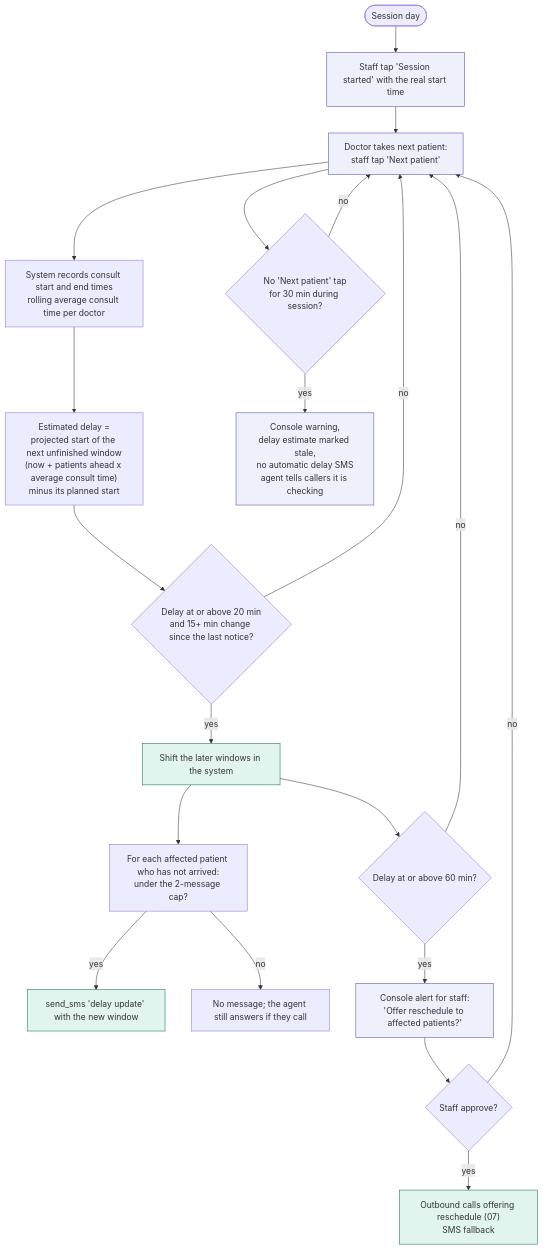
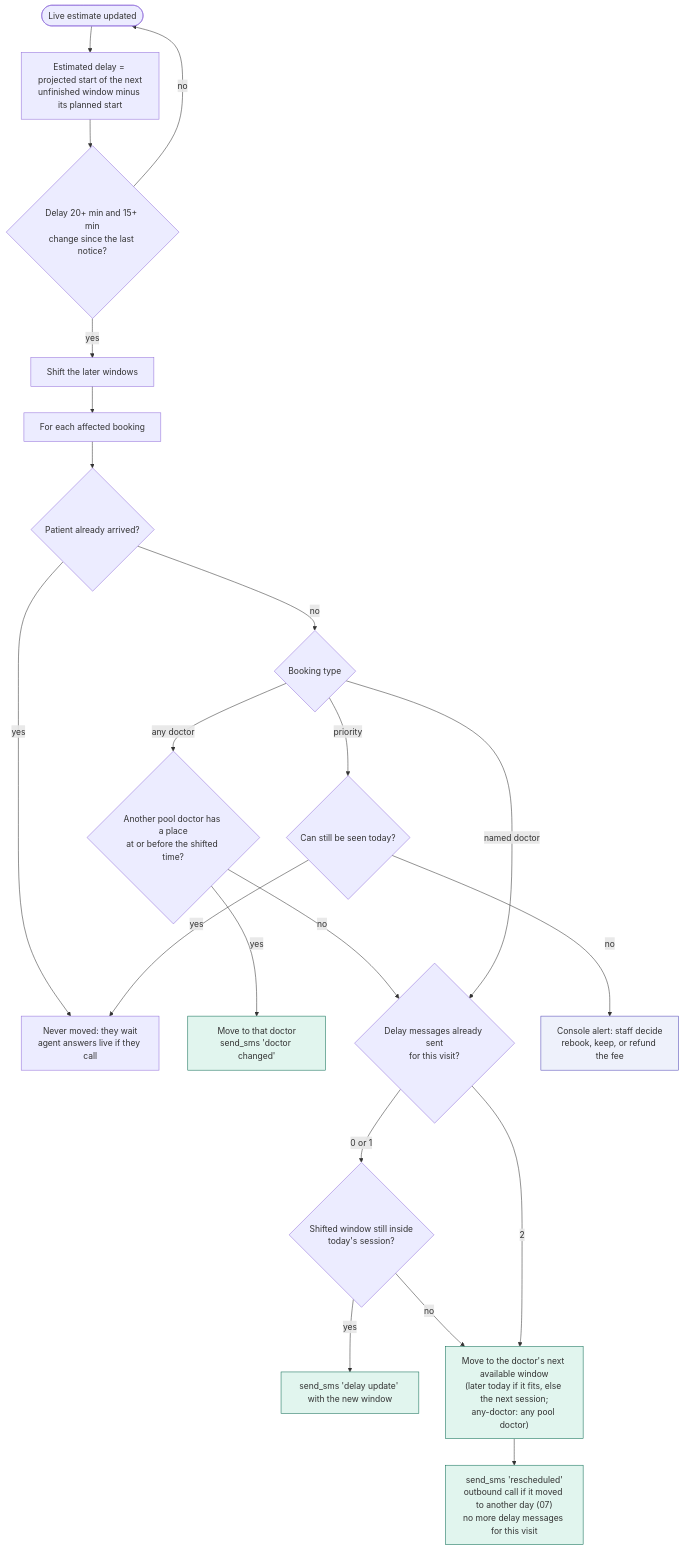
One commit to Anupamgt/tts-agent-1 changed the third of 4 diagrams in docs/flows/09-day-of-operations.md. Above: the diagram before and after it, drawn with Mermaid. The commit also changed other lines of this file and 15 other files, not shown here.

First line of the commit message:
Apply decisions 1, 3, 6, 7, 12, 13 to flows, schema and alignment

````diff
--- a/docs/flows/09-day-of-operations.md
+++ b/docs/flows/09-day-of-operations.md
@@ -34,28 +64,31 @@
 ```mermaid
 flowchart TD
-    D0(["Session day"]) --> D1["Staff tap 'Session started' with the real start time"]
-    D1 --> D2["Doctor takes next patient:<br/>staff tap 'Next patient'"]
-    D2 --> D3["System records consult start and end times<br/>rolling average consult time per doctor"]
-    D3 --> D4["Estimated delay =<br/>projected start of the next unfinished window<br/>(now + patients ahead x average consult time)<br/>minus its planned start"]
-    D4 --> D5{"Delay at or above 20 min<br/>and 15+ min change since the last notice?"}
-    D5 -->|"no"| D2
-    D5 -->|"yes"| D6["Shift the later windows in the system"]
-    D6 --> D7["For each affected patient who has not arrived:<br/>under the 2-message cap?"]
-    D7 -->|"yes"| D8["send_sms 'delay update' with the new window"]
-    D7 -->|"no"| D9["No message; the agent still answers if they call"]
-    D6 --> D10{"Delay at or above 60 min?"}
-    D10 -->|"yes"| D11["Console alert for staff:<br/>'Offer reschedule to affected patients?'"]
-    D11 --> D12{"Staff approve?"}
-    D12 -->|"yes"| D13["Outbound calls offering reschedule (07)<br/>SMS fallback"]
-    D12 -->|"no"| D2
-    D10 -->|"no"| D2
+    D0(["Live estimate updated"]) --> D1["Estimated delay = projected start of the next<br/>unfinished window minus its planned start"]
+    D1 --> D2{"Delay 20+ min and 15+ min<br/>change since the last notice?"}
+    D2 -->|"no"| D0
+    D2 -->|"yes"| D3["Shift the later windows"]
+    D3 --> D4["For each affected booking"]
+    D4 --> D5{"Patient already arrived?"}
+    D5 -->|"yes"| D5a["Never moved: they wait<br/>agent answers live if they call"]
+    D5 -->|"no"| D6{"Booking type"}
 
-    D2 --> W1{"No 'Next patient' tap<br/>for 30 min during session?"}
-    W1 -->|"yes"| W2["Console warning,<br/>delay estimate marked stale,<br/>no automatic delay SMS<br/>agent tells callers it is checking"]
-    W1 -->|"no"| D2
+    D6 -->|"any doctor"| D7{"Another pool doctor has a place<br/>at or before the shifted time?"}
+    D7 -->|"yes"| D7a["Move to that doctor<br/>send_sms 'doctor changed'"]
+    D7 -->|"no"| D8
+    D6 -->|"named doctor"| D8
+    D6 -->|"priority"| D8p{"Can still be seen today?"}
+    D8p -->|"yes"| D5a
+    D8p -->|"no"| D8q["Console alert: staff decide<br/>rebook, keep, or refund the fee"]
+
+    D8{"Delay messages already sent<br/>for this visit?"}
+    D8 -->|"0 or 1"| D9{"Shifted window still inside<br/>today's session?"}
+    D9 -->|"yes"| D9a["send_sms 'delay update' with the new window"]
+    D9 -->|"no"| D10
+    D8 -->|"2"| D10["Move to the doctor's next available window<br/>(later today if it fits, else the next session;<br/>any-doctor: any pool doctor)"]
+    D10 --> D11["send_sms 'rescheduled'<br/>outbound call if it moved to another day (07)<br/>no more delay messages for this visit"]
 
     classDef agent fill:#e1f5ee,stroke:#0f6e56;
     classDef human fill:#eef1fb,stroke:#534ab7;
-    class D6,D8,D13 agent;
-    class D1,D2,D11,W2 human;
+    class D7a,D9a,D10,D11 agent;
+    class D8q human;
 ```
````
